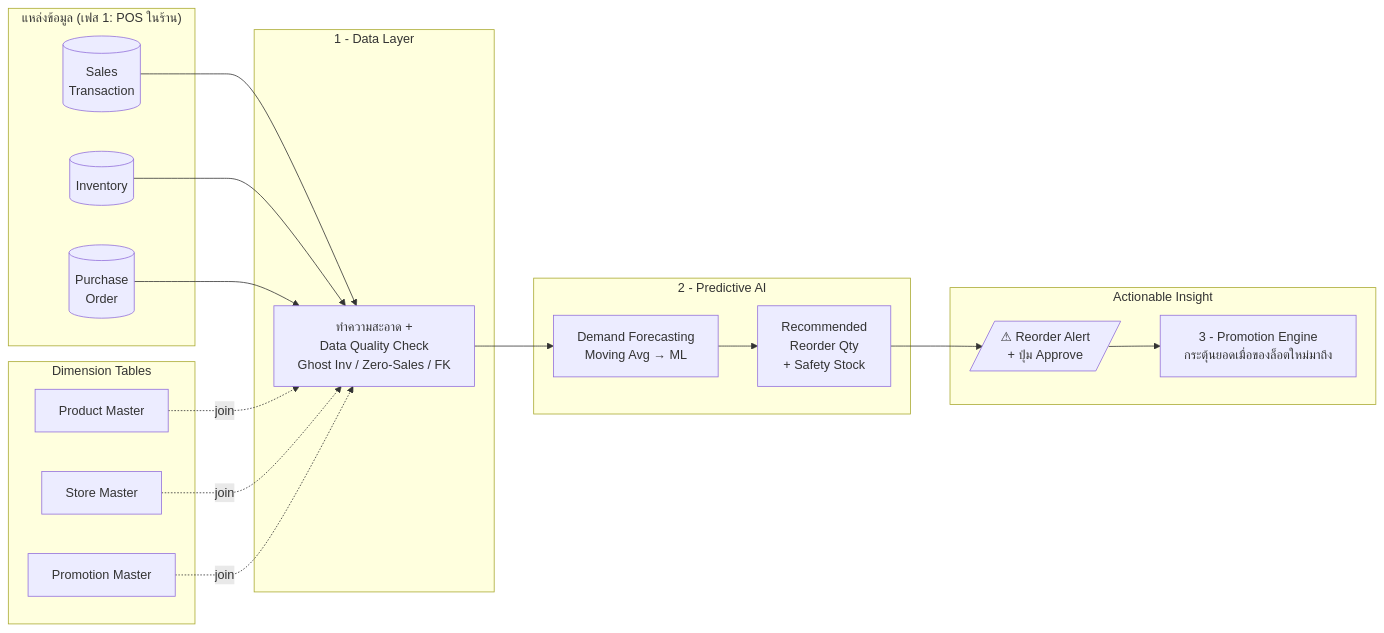
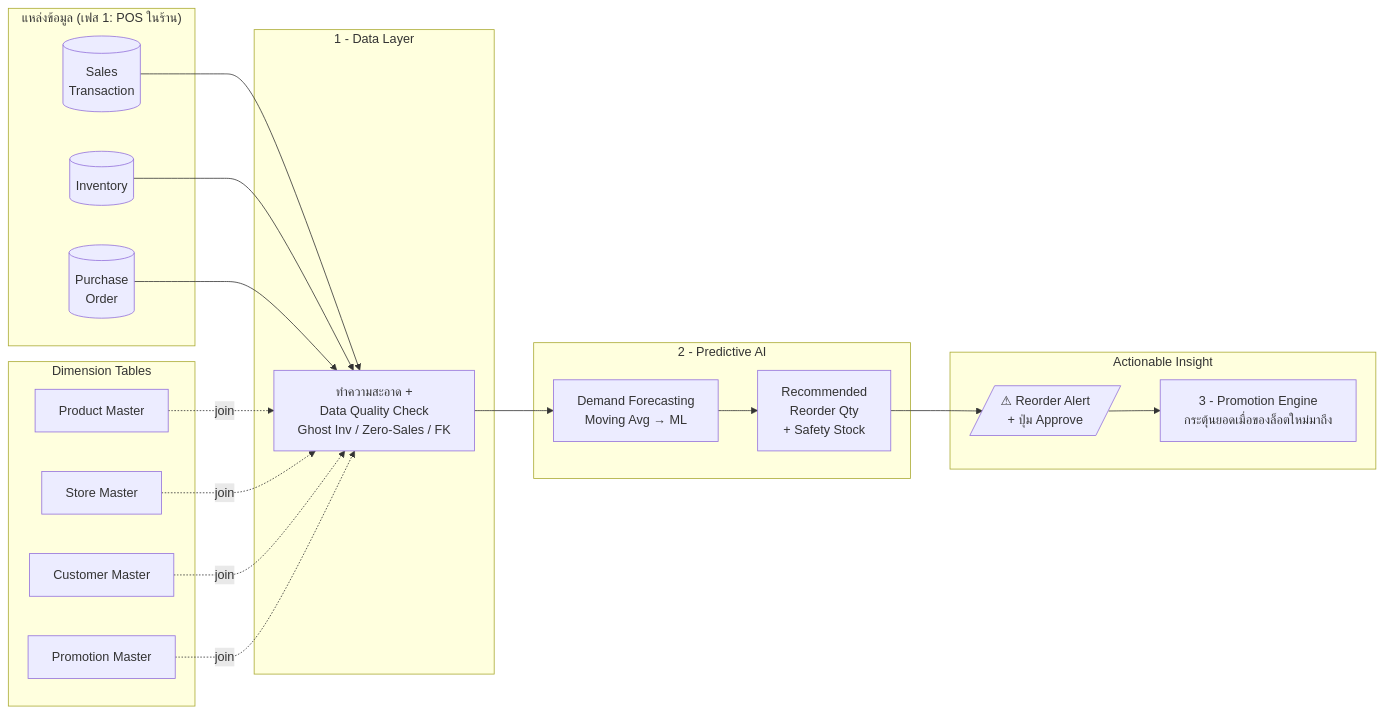
Before and after one commit to sirapobsak/SME-retail-test: the first of 2 diagrams in docs/workflow.md, drawn with Mermaid. The commit also changed 14 other files, not shown here.

````diff
--- a/docs/workflow.md
+++ b/docs/workflow.md
@@ -8,33 +8,34 @@
 ```mermaid
 flowchart LR
     subgraph SRC["แหล่งข้อมูล (เฟส 1: POS ในร้าน)"]
         POS[(Sales<br/>Transaction)]
         INV[(Inventory)]
         PO[(Purchase<br/>Order)]
     end
 
     subgraph DIM["Dimension Tables"]
         PM[Product Master]
         SM[Store Master]
+        CM[Customer Master]
         PRM[Promotion Master]
     end
 
     subgraph DL["1 - Data Layer"]
         CLEAN[ทำความสะอาด +<br/>Data Quality Check<br/>Ghost Inv / Zero-Sales / FK]
     end
 
     subgraph AI["2 - Predictive AI"]
         FC[Demand Forecasting<br/>Moving Avg → ML]
         ROP[Recommended<br/>Reorder Qty<br/>+ Safety Stock]
     end
 
     subgraph ACT["Actionable Insight"]
         ALERT[/⚠ Reorder Alert<br/>+ ปุ่ม Approve/]
         PROMO[3 - Promotion Engine<br/>กระตุ้นยอดเมื่อของล็อตใหม่มาถึง]
     end
 
     POS & INV & PO --> CLEAN
-    PM & SM & PRM -. join .-> CLEAN
+    PM & SM & CM & PRM -. join .-> CLEAN
     CLEAN --> FC --> ROP --> ALERT
     ALERT --> PROMO
 ```
````
